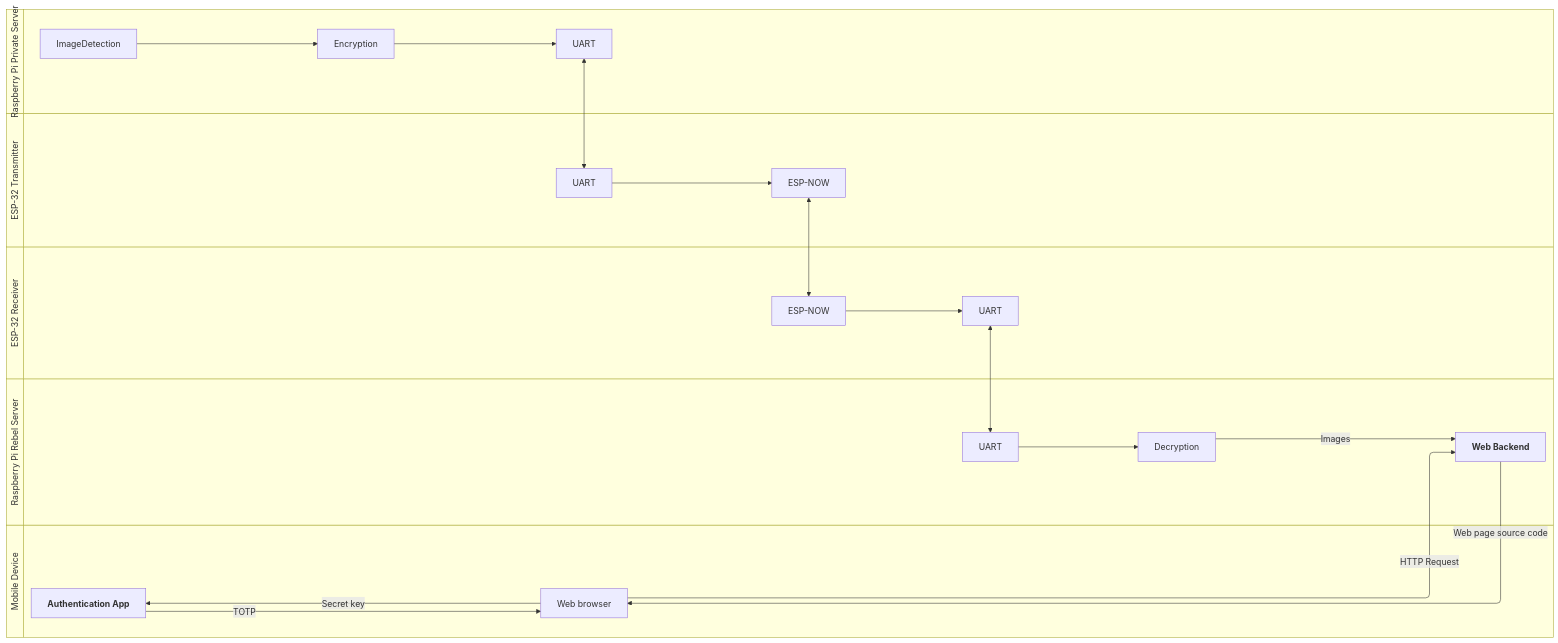
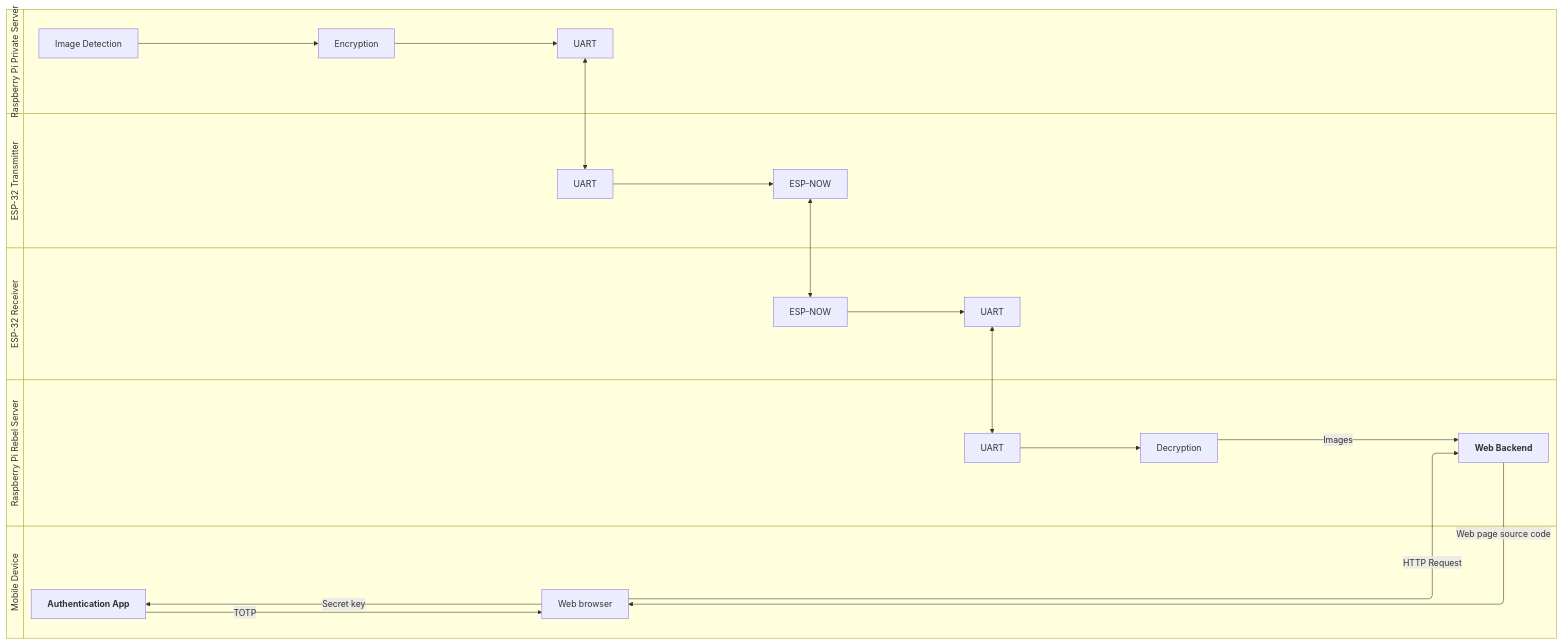
The diagram in docs/architecture/Software.md (marcusgigandet/dsig), drawn with Mermaid before and after one commit.

Commit message:
Added space to image description block

````diff
--- a/docs/architecture/Software.md
+++ b/docs/architecture/Software.md
@@ -3,45 +3,45 @@
 ```mermaid
 swimlane-beta LR
     subgraph Pi_1["Raspberry Pi Private Server"]
-        ImageDetection
+        IMAGE_DETECTION["Image Detection"]
         Encryption
         UART_1["UART"]
 
-        ImageDetection --> Encryption --> UART_1
+        IMAGE_DETECTION --> Encryption --> UART_1
     end
 
     subgraph ESP_1["ESP-32 Transmitter"]
         UART_2["UART"]
         RF_1["ESP-NOW"]
         UART_1 <--> UART_2
         UART_2 --> RF_1
     end
 
     subgraph ESP_2["ESP-32 Receiver"]
         UART_3["UART"]
         RF_2["ESP-NOW"]
         RF_1 <--> RF_2
         RF_2 --> UART_3
     end
 
     subgraph Pi_2["Raspberry Pi Rebel Server"]
         UART_4["UART"]
         BACKEND["`**Web Backend**`"]
         
         UART_3 <--> UART_4
         UART_4 --> Decryption
 
         Decryption -- Images --> BACKEND
     end
 
     subgraph MBL["Mobile Device"]
         BROWSE["Web browser"]
         AUTH["`**Authentication App**`"]
 
         BACKEND -- Web page source code --> BROWSE
         BROWSE -- HTTP Request --> BACKEND
 
         BROWSE -- Secret key --> AUTH
         AUTH -- TOTP --> BROWSE
     end
 ```
````
